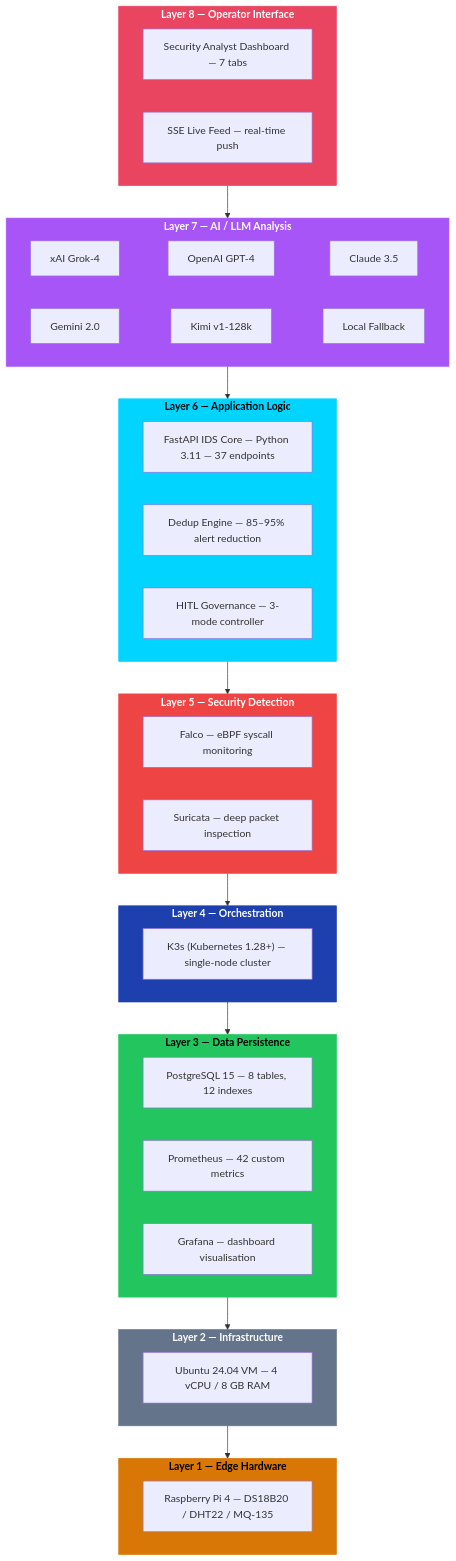
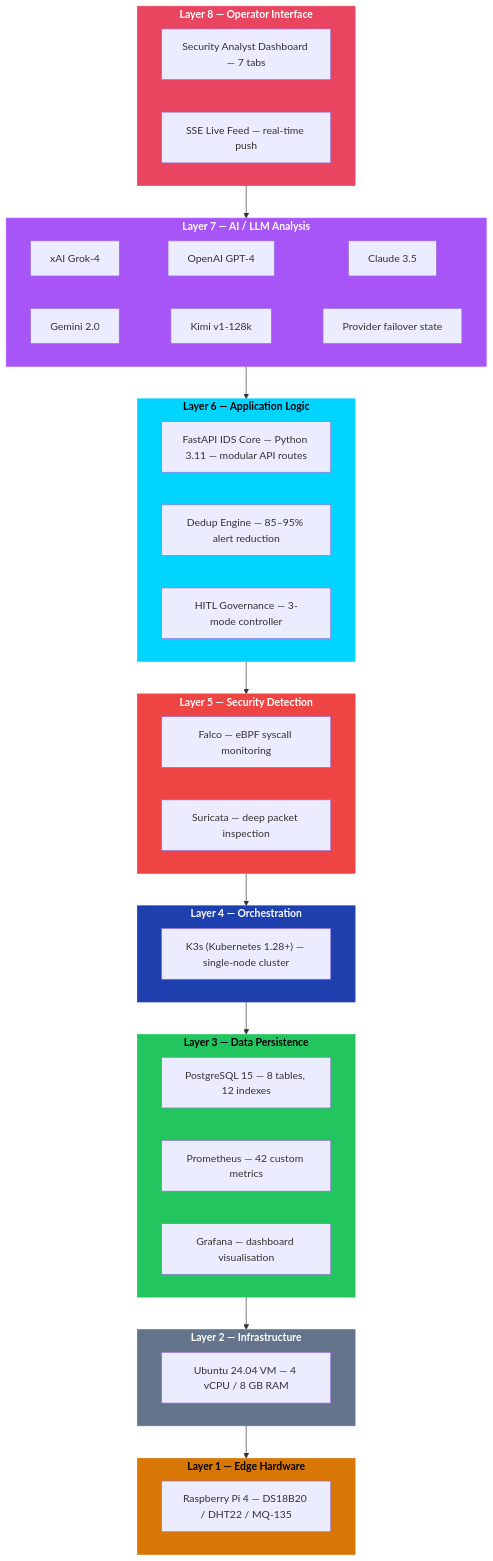
One commit to Alqaly/smart-city-ids changed the fourth of 20 diagrams in docs/CAPSTONE_FIGURES.md. Above: the diagram before and after it, drawn with Mermaid. The commit also changed other lines of this file and 103 other files, not shown here.

````diff
--- a/docs/CAPSTONE_FIGURES.md
+++ b/docs/CAPSTONE_FIGURES.md
@@ -212,52 +212,52 @@
 ```mermaid
 graph TB
     subgraph L8["<b>Layer 8 — Operator Interface</b>"]
         D1["Security Analyst Dashboard — 7 tabs"]
         D2["SSE Live Feed — real-time push"]
     end
 
     subgraph L7["<b>Layer 7 — AI / LLM Analysis</b>"]
         A1["xAI Grok-4"] ~~~ A2["OpenAI GPT-4"] ~~~ A3["Claude 3.5"]
-        A4["Gemini 2.0"] ~~~ A5["Kimi v1-128k"] ~~~ A6["Local Fallback"]
+        A4["Gemini 2.0"] ~~~ A5["Kimi v1-128k"] ~~~ A6["Provider failover state"]
     end
 
     subgraph L6["<b>Layer 6 — Application Logic</b>"]
-        B1["FastAPI IDS Core — Python 3.11 — 37 endpoints"]
+        B1["FastAPI IDS Core — Python 3.11 — modular API routes"]
         B2["Dedup Engine — 85–95% alert reduction"]
         B3["HITL Governance — 3-mode controller"]
     end
 
     subgraph L5["<b>Layer 5 — Security Detection</b>"]
         C1["Falco — eBPF syscall monitoring"]
         C2["Suricata — deep packet inspection"]
     end
 
     subgraph L4["<b>Layer 4 — Orchestration</b>"]
         E1["K3s (Kubernetes 1.28+) — single-node cluster"]
     end
 
     subgraph L3["<b>Layer 3 — Data Persistence</b>"]
         F1["PostgreSQL 15 — 8 tables, 12 indexes"]
         F2["Prometheus — 42 custom metrics"]
         F3["Grafana — dashboard visualisation"]
     end
 
     subgraph L2["<b>Layer 2 — Infrastructure</b>"]
         G1["Ubuntu 24.04 VM — 4 vCPU / 8 GB RAM"]
     end
 
     subgraph L1["<b>Layer 1 — Edge Hardware</b>"]
         H1["Raspberry Pi 4 — DS18B20 / DHT22 / MQ-135"]
     end
 
     L8 --> L7 --> L6 --> L5 --> L4 --> L3 --> L2 --> L1
 
     style L8 fill:#e94560,color:#fff,stroke:#e94560
     style L7 fill:#a855f7,color:#fff,stroke:#a855f7
     style L6 fill:#00d4ff,color:#000,stroke:#00d4ff
     style L5 fill:#ef4444,color:#fff,stroke:#ef4444
     style L4 fill:#1e40af,color:#fff,stroke:#1e40af
     style L3 fill:#22c55e,color:#000,stroke:#22c55e
     style L2 fill:#64748b,color:#fff,stroke:#64748b
     style L1 fill:#d97706,color:#000,stroke:#d97706
 ```
````
